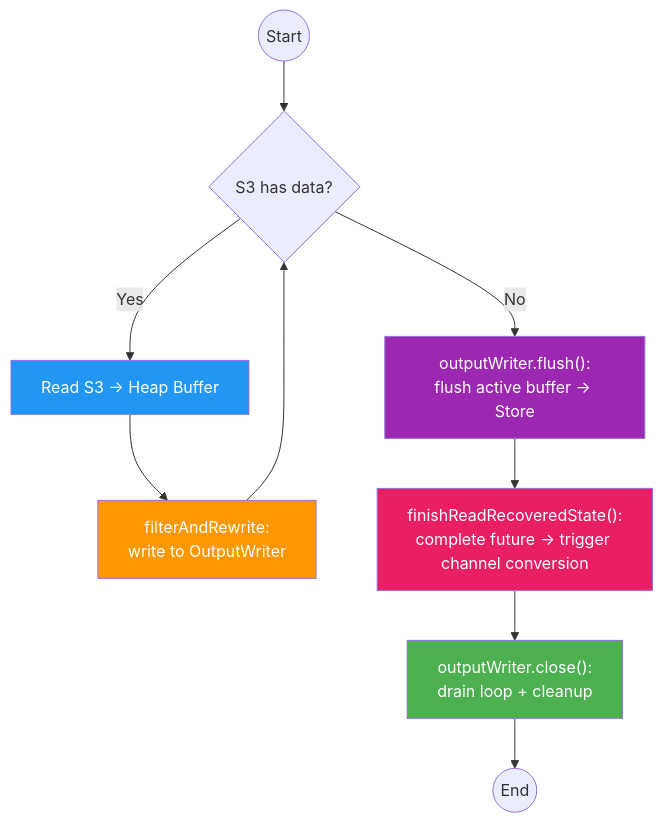
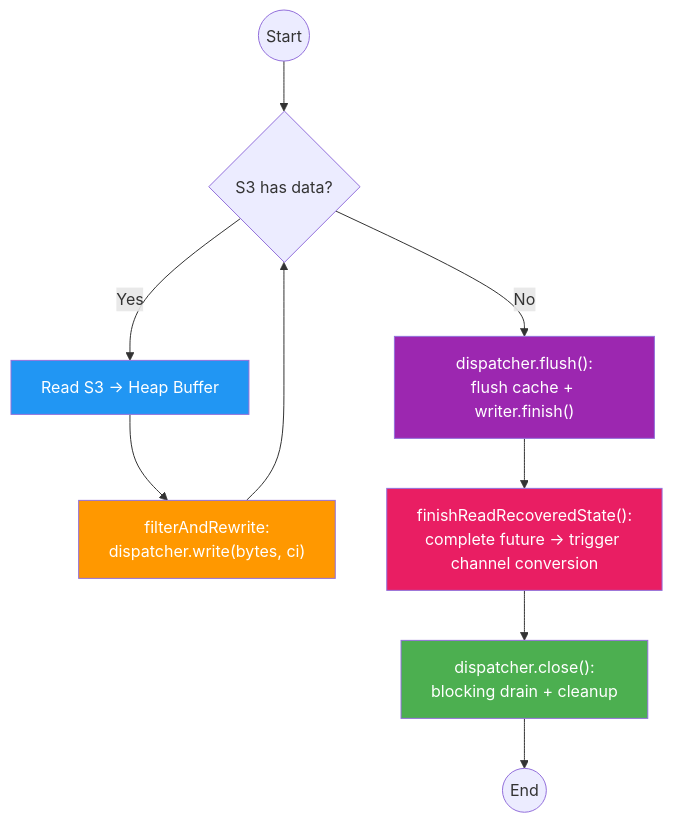
Before and after one commit to 1996fanrui/flink: the third of 7 diagrams in requirements/38544/data_flow.md, drawn with Mermaid. The commit also changed other lines of this file and 1 other file, not shown here.

First line of the commit message:
[FLINK-38544][docs] Revise data_flow + architecture_overview for final design

````diff
--- a/requirements/38544/data_flow.md
+++ b/requirements/38544/data_flow.md
@@ -55,19 +70,19 @@
 ```mermaid
 flowchart TD
     Start(("Start")) --> S3Check{"S3 has data?"}
 
     S3Check -- Yes --> Read["Read S3 → Heap Buffer"]
-    Read --> Filter["filterAndRewrite:<br/>write to OutputWriter"]
+    Read --> Filter["filterAndRewrite:<br/>dispatcher.write(bytes, ci)"]
     Filter --> S3Check
 
-    S3Check -- No --> Flush["outputWriter.flush():<br/>flush active buffer → Store"]
+    S3Check -- No --> Flush["dispatcher.flush():<br/>flush cache + writer.finish()"]
     Flush --> Finish["finishReadRecoveredState():<br/>complete future → trigger channel conversion"]
-    Finish --> Drain["outputWriter.close():<br/>drain loop + cleanup"]
+    Finish --> Drain["dispatcher.close():<br/>blocking drain + cleanup"]
     Drain --> End(("End"))
 
     style Read fill:#2196F3,color:#fff
     style Filter fill:#FF9800,color:#fff
     style Flush fill:#9C27B0,color:#fff
     style Finish fill:#E91E63,color:#fff
     style Drain fill:#4CAF50,color:#fff
 ```
````
